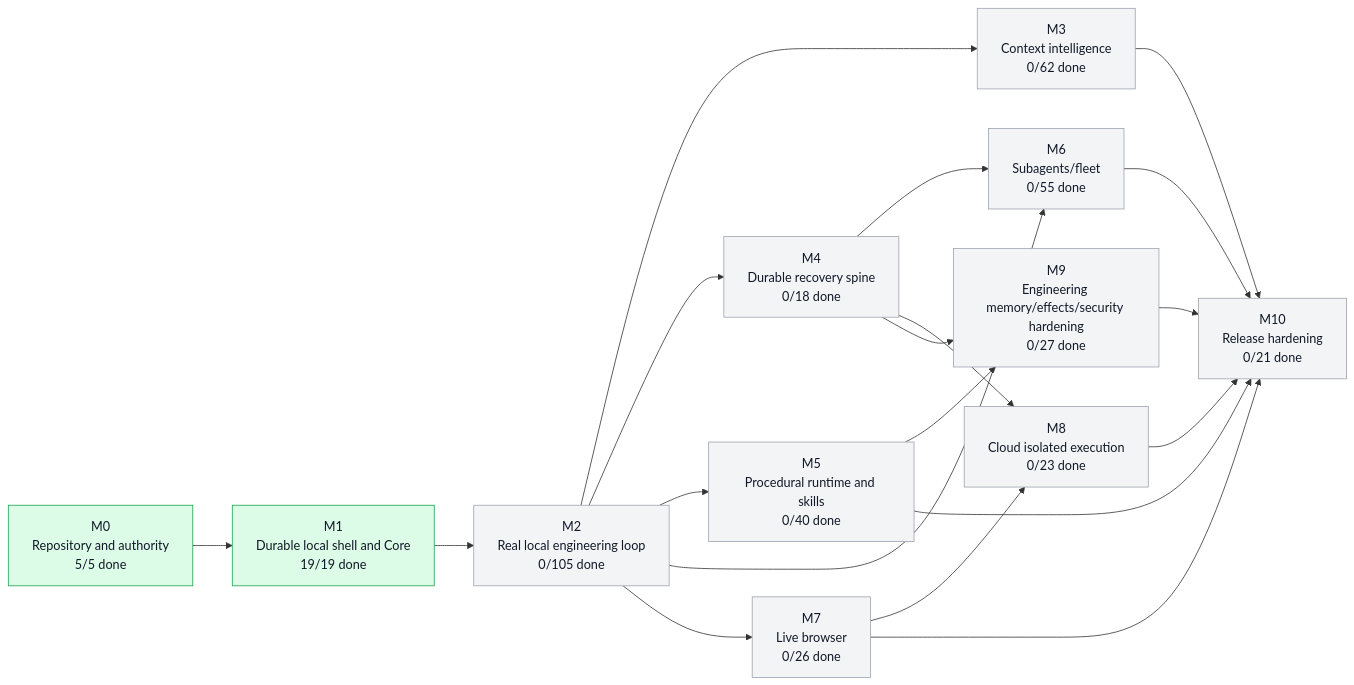
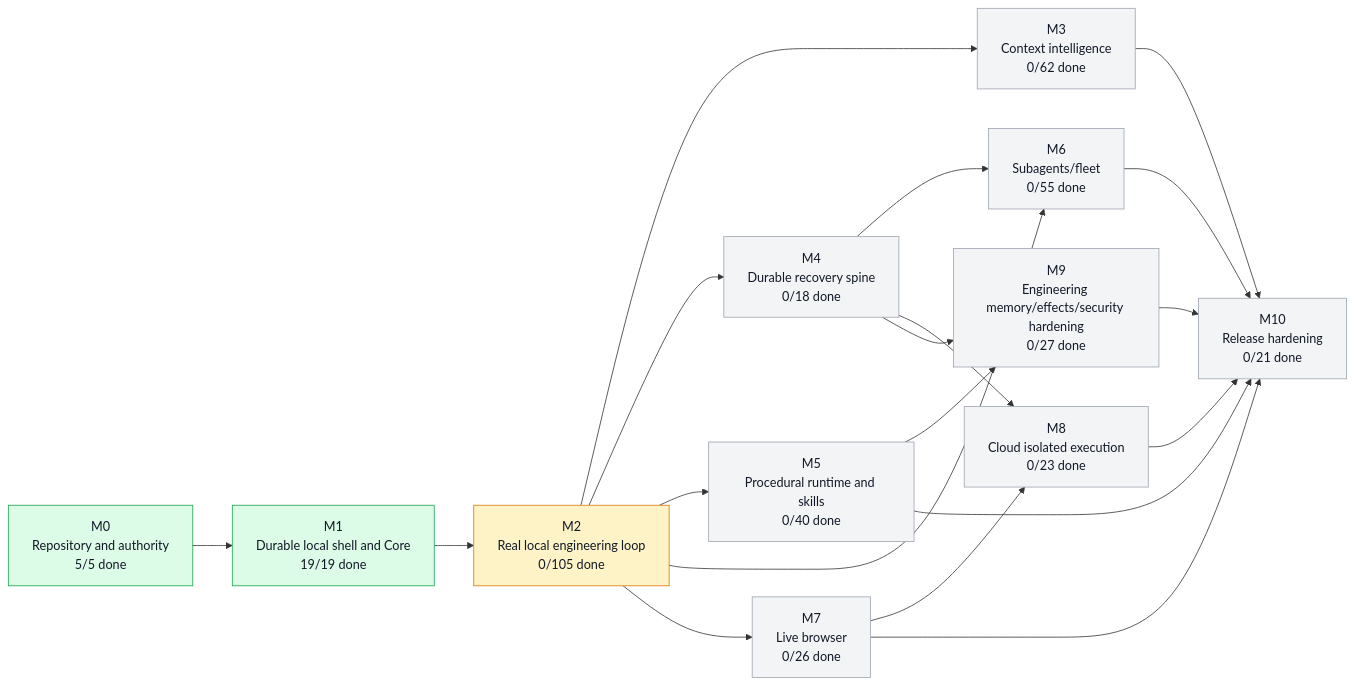
Before and after one commit to moss101/modbit: the first of 5 diagrams in graph/PROJECT_GRAPH.md, drawn with Mermaid. The commit also changed other lines of this file and 12 other files, not shown here.

````diff
--- a/graph/PROJECT_GRAPH.md
+++ b/graph/PROJECT_GRAPH.md
@@ -57,43 +57,43 @@
 ```mermaid
 flowchart LR
   M0["M0<br/>Repository and authority<br/>5/5 done"]
   M1["M1<br/>Durable local shell and Core<br/>19/19 done"]
   M2["M2<br/>Real local engineering loop<br/>0/105 done"]
   M3["M3<br/>Context intelligence<br/>0/62 done"]
   M4["M4<br/>Durable recovery spine<br/>0/18 done"]
   M5["M5<br/>Procedural runtime and skills<br/>0/40 done"]
   M6["M6<br/>Subagents/fleet<br/>0/55 done"]
   M7["M7<br/>Live browser<br/>0/26 done"]
   M8["M8<br/>Cloud isolated execution<br/>0/23 done"]
   M9["M9<br/>Engineering memory/effects/security hardening<br/>0/27 done"]
   M10["M10<br/>Release hardening<br/>0/21 done"]
   M0 --> M1
   M1 --> M2
   M2 --> M3
   M2 --> M4
   M2 --> M5
   M2 --> M6
   M4 --> M6
   M2 --> M7
   M4 --> M8
   M7 --> M8
   M4 --> M9
   M5 --> M9
   M3 --> M10
   M5 --> M10
   M6 --> M10
   M7 --> M10
   M8 --> M10
   M9 --> M10
   style M0 fill:#dcfce7,stroke:#16a34a,color:#111827
   style M1 fill:#dcfce7,stroke:#16a34a,color:#111827
-  style M2 fill:#f3f4f6,stroke:#9ca3af,color:#111827
+  style M2 fill:#fef3c7,stroke:#d97706,color:#111827
   style M3 fill:#f3f4f6,stroke:#9ca3af,color:#111827
   style M4 fill:#f3f4f6,stroke:#9ca3af,color:#111827
   style M5 fill:#f3f4f6,stroke:#9ca3af,color:#111827
   style M6 fill:#f3f4f6,stroke:#9ca3af,color:#111827
   style M7 fill:#f3f4f6,stroke:#9ca3af,color:#111827
   style M8 fill:#f3f4f6,stroke:#9ca3af,color:#111827
   style M9 fill:#f3f4f6,stroke:#9ca3af,color:#111827
   style M10 fill:#f3f4f6,stroke:#9ca3af,color:#111827
 ```
````
